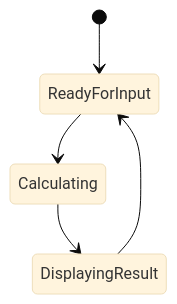
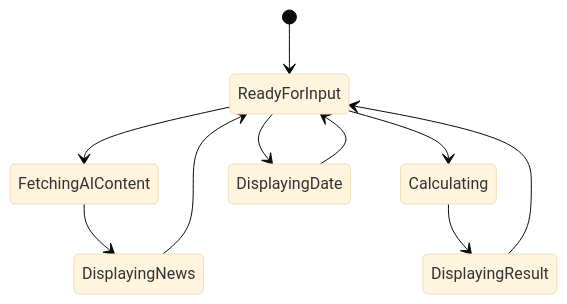
The diagram in docs/diagrams/state-machine.mmd (thoaihcmc/docs-pipeline-e2e-test), drawn with Mermaid (base theme) before and after one commit. The commit also changed 5 other files, not shown here.

Commit message:
docs: auto-generate FDD, BDD, ADD and diagrams for 951858041d687df93276b05ee9137ac673b80b59

````diff
--- a/docs/diagrams/state-machine.mmd
+++ b/docs/diagrams/state-machine.mmd
@@ -1,7 +1,12 @@
 ```mermaid  
 stateDiagram-v2  
     [*] --> ReadyForInput  
+    ReadyForInput --> FetchingAIContent  
+    FetchingAIContent --> DisplayingNews  
+    DisplayingNews --> ReadyForInput  
     ReadyForInput --> Calculating  
     Calculating --> DisplayingResult  
     DisplayingResult --> ReadyForInput  
+    ReadyForInput --> DisplayingDate  
+    DisplayingDate --> ReadyForInput  
 ```
````
